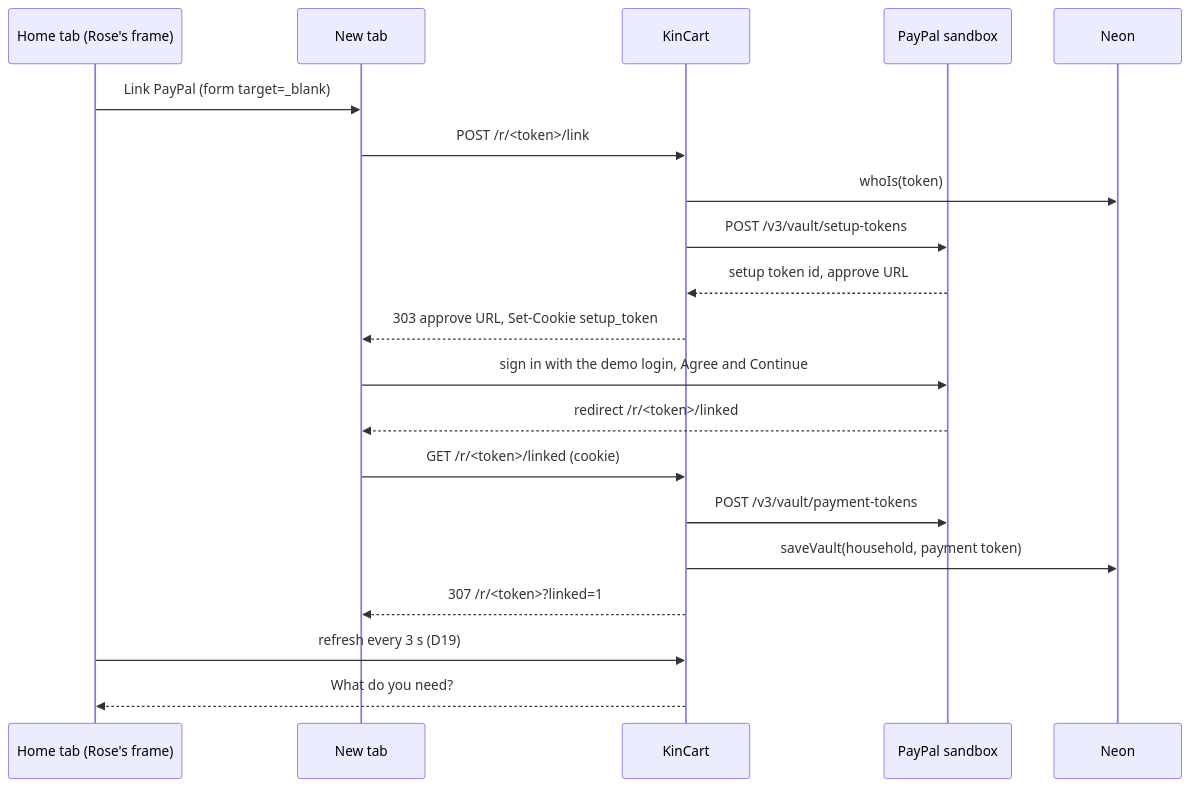
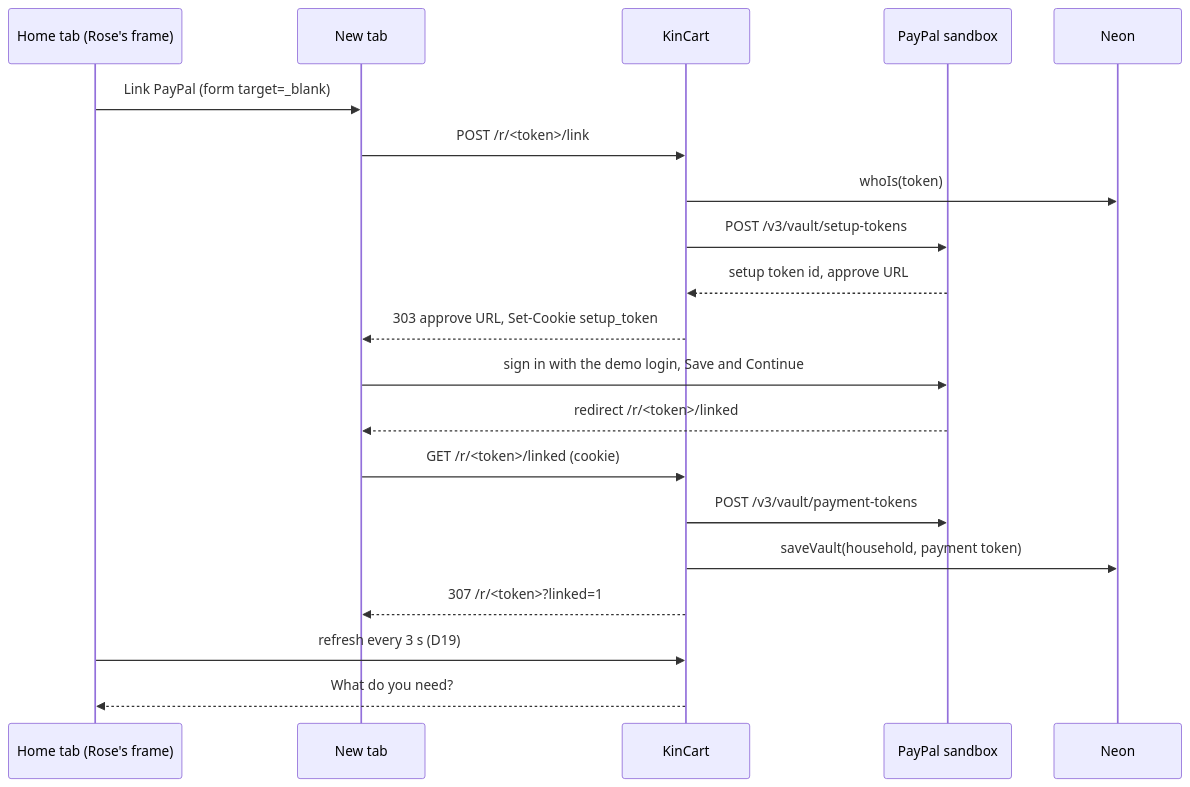
One commit to dzaffren/kincart changed the fifth of 5 diagrams in docs/specs/link-paypal-onboarding.md. Above: the diagram before and after it, drawn with Mermaid. The commit also changed other lines of this file, not shown here.

````diff
--- a/docs/specs/link-paypal-onboarding.md
+++ b/docs/specs/link-paypal-onboarding.md
@@ -183,22 +184,22 @@
 ```mermaid
 sequenceDiagram
     participant H as Home tab (Rose's frame)
     participant T as New tab
     participant K as KinCart
     participant P as PayPal sandbox
     participant D as Neon
     H->>T: Link PayPal (form target=_blank)
     T->>K: POST /r/<token>/link
     K->>D: whoIs(token)
     K->>P: POST /v3/vault/setup-tokens
     P-->>K: setup token id, approve URL
     K-->>T: 303 approve URL, Set-Cookie setup_token
-    T->>P: sign in with the demo login, Agree and Continue
+    T->>P: sign in with the demo login, Save and Continue
     P-->>T: redirect /r/<token>/linked
     T->>K: GET /r/<token>/linked (cookie)
     K->>P: POST /v3/vault/payment-tokens
     K->>D: saveVault(household, payment token)
     K-->>T: 307 /r/<token>?linked=1
     H->>K: refresh every 3 s (D19)
     K-->>H: What do you need?
 ```
````
